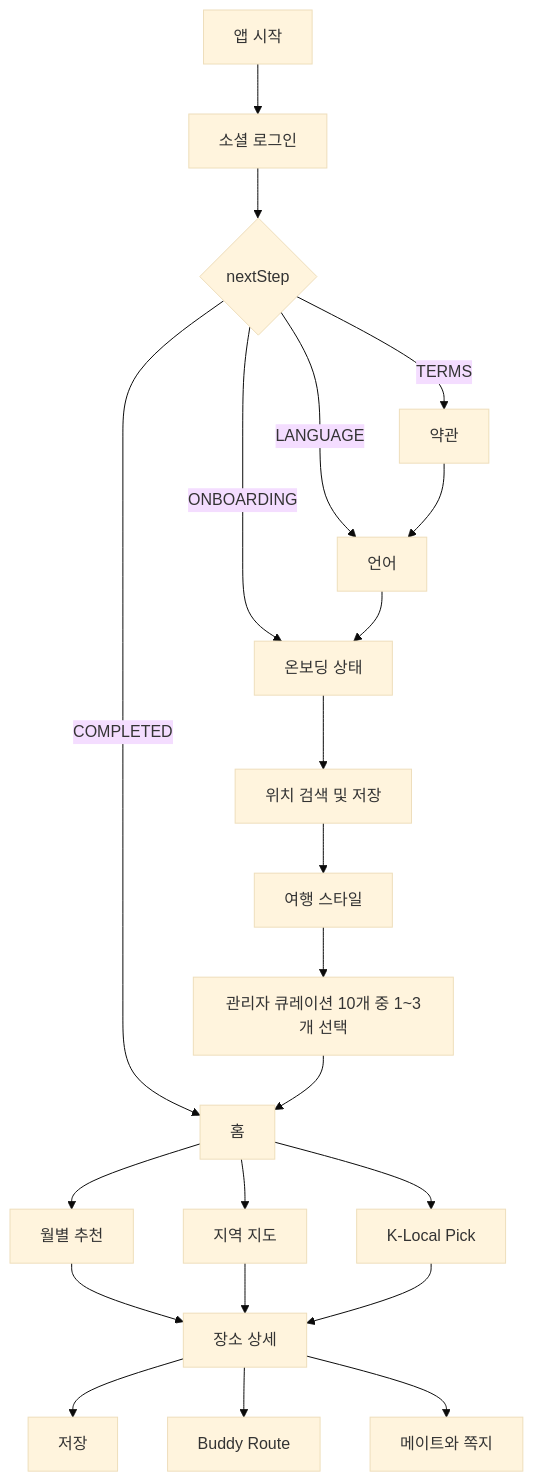
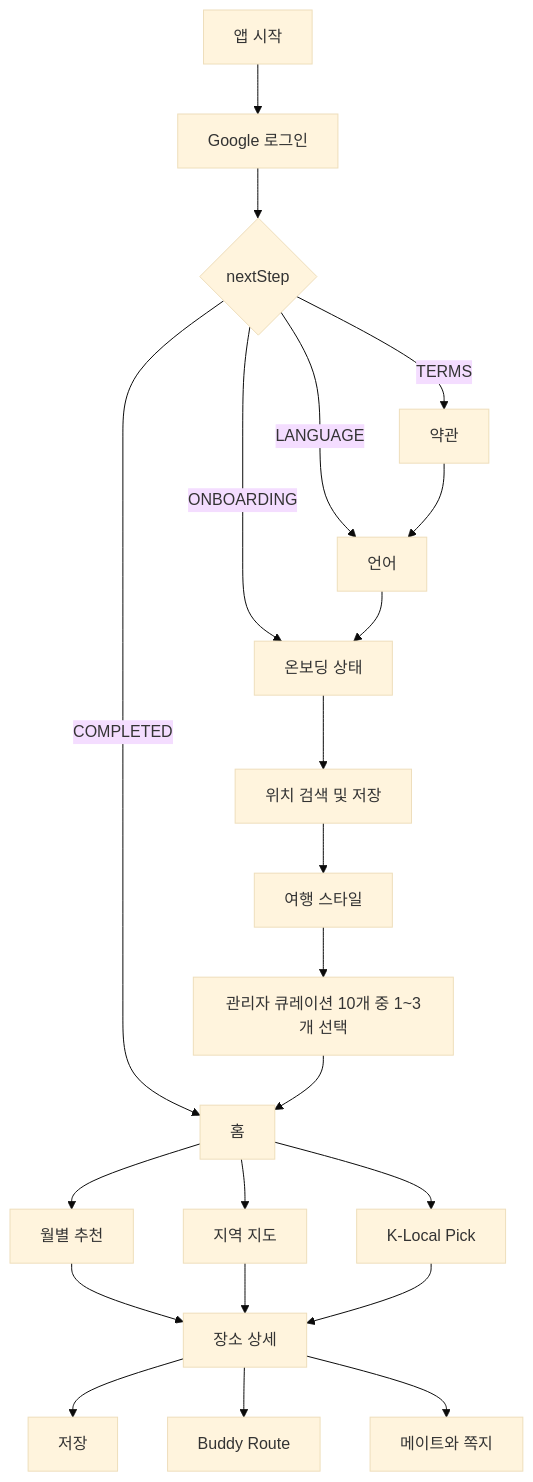
One commit to ppp1969/koready-backend changed the first of 4 diagrams in docs/koready-backend-design/10_FRONTEND_API_FLOW_GUIDE.md. Above: the diagram before and after it, drawn with Mermaid (base theme). The commit also changed other lines of this file and 41 other files, not shown here.

````diff
--- a/docs/koready-backend-design/10_FRONTEND_API_FLOW_GUIDE.md
+++ b/docs/koready-backend-design/10_FRONTEND_API_FLOW_GUIDE.md
@@ -158,24 +158,24 @@
 ```mermaid
 flowchart TD
-    A[앱 시작] --> B[소셜 로그인]
+    A[앱 시작] --> B[Google 로그인]
     B --> C{nextStep}
     C -->|TERMS| D[약관]
     C -->|LANGUAGE| E[언어]
     C -->|ONBOARDING| F[온보딩 상태]
     C -->|COMPLETED| K[홈]
     D --> E
     E --> F
     F --> H[위치 검색 및 저장]
     H --> I[여행 스타일]
     I --> J[관리자 큐레이션 10개 중 1~3개 선택]
     J --> K
     K --> L[월별 추천]
     K --> M[지역 지도]
     K --> N[K-Local Pick]
     L --> O[장소 상세]
     M --> O
     N --> O
     O --> P[저장]
     O --> Q[Buddy Route]
     O --> R[메이트와 쪽지]
 ```
````
